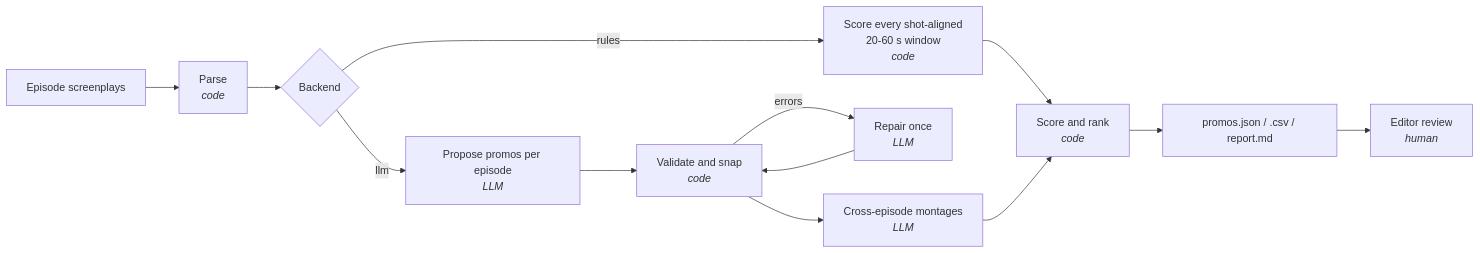
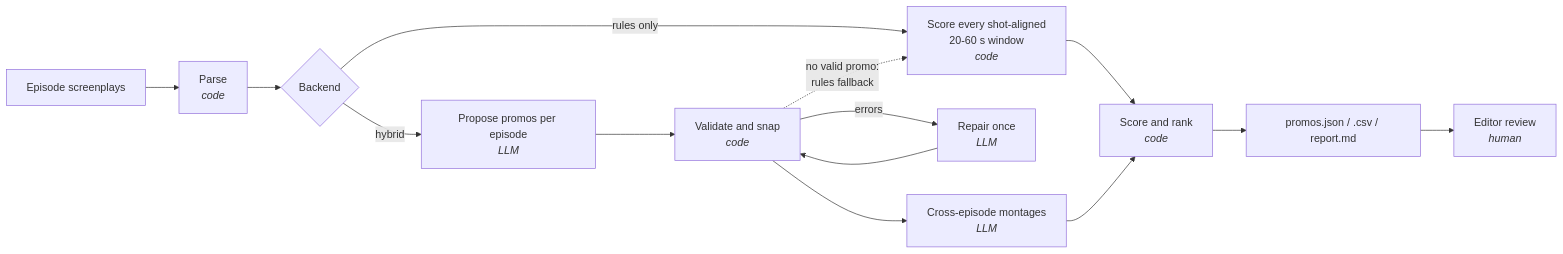
Before and after one commit to sahilkumariitr/kuku-promo-finder: the diagram in README.md, drawn with Mermaid. The commit also changed other lines of this file and 5 other files, not shown here.

First line of the commit message:
Show a live pipeline flowchart in the web app while it runs (#2)

````diff
--- a/README.md
+++ b/README.md
@@ -122,15 +124,16 @@
 ```mermaid
 flowchart LR
     A[Episode screenplays] --> B[Parse<br/><i>code</i>]
     B --> C{Backend}
-    C -->|llm| D[Propose promos per episode<br/><i>LLM</i>]
-    C -->|rules| E[Score every shot-aligned<br/>20-60 s window<br/><i>code</i>]
+    C -->|hybrid| D[Propose promos per episode<br/><i>LLM</i>]
+    C -->|rules only| E[Score every shot-aligned<br/>20-60 s window<br/><i>code</i>]
     D --> F[Validate and snap<br/><i>code</i>]
     F -->|errors| G[Repair once<br/><i>LLM</i>]
     G --> F
     F --> H[Cross-episode montages<br/><i>LLM</i>]
+    F -.->|no valid promo:<br/>rules fallback| E
     E --> I[Score and rank<br/><i>code</i>]
     H --> I
     I --> J[promos.json / .csv / report.md]
     J --> K[Editor review<br/><i>human</i>]
 ```
````
